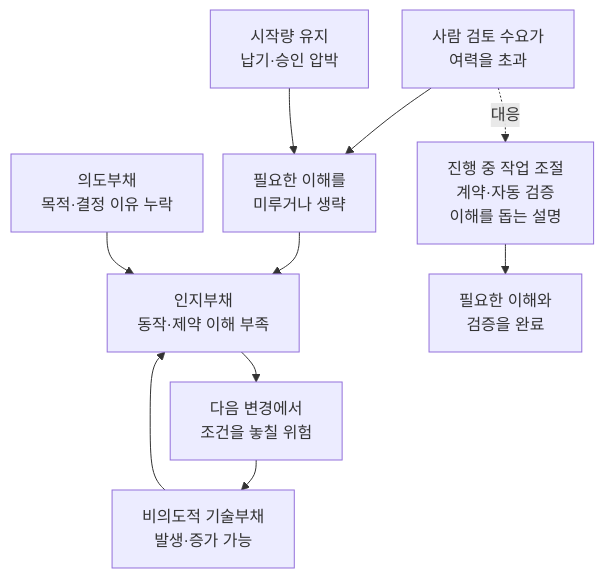
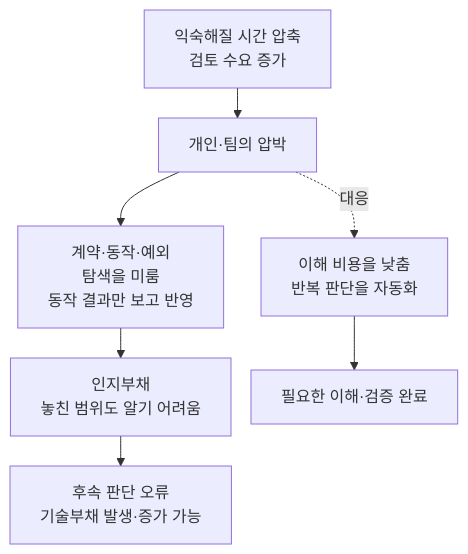
The first of 2 diagrams in _posts/2026-08-18-ai-coding-review-cognitive-load.md (haandol/haandol.github.com), drawn with Mermaid before and after one commit. The commit also changed other lines of this file and 3 other files, not shown here.

````diff
--- a/_posts/2026-08-18-ai-coding-review-cognitive-load.md
+++ b/_posts/2026-08-18-ai-coding-review-cognitive-load.md
@@ -174,13 +82,10 @@
 ```mermaid
 %%{init: {"flowchart": {"nodeSpacing": 20, "rankSpacing": 30}}}%%
 flowchart TD
-    A["사람 검토 수요가<br/>여력을 초과"] --> B["필요한 이해를<br/>미루거나 생략"]
-    P["시작량 유지<br/>납기·승인 압박"] --> B
-    B --> C["인지부채<br/>동작·제약 이해 부족"]
-    D["의도부채<br/>목적·결정 이유 누락"] --> C
-    C --> E["다음 변경에서<br/>조건을 놓칠 위험"]
-    E --> F["비의도적 기술부채<br/>발생·증가 가능"]
-    F --> C
-    A -. "대응" .-> G["진행 중 작업 조절<br/>계약·자동 검증<br/>이해를 돕는 설명"]
-    G --> H["필요한 이해와<br/>검증을 완료"]
+    A["익숙해질 시간 압축<br/>검토 수요 증가"] --> B["개인·팀의 압박"]
+    B --> C["계약·동작·예외<br/>탐색을 미룸<br/>동작 결과만 보고 반영"]
+    C --> D["인지부채<br/>놓친 범위도 알기 어려움"]
+    D --> E["후속 판단 오류<br/>기술부채 발생·증가 가능"]
+    B -. "대응" .-> F["이해 비용을 낮춤<br/>반복 판단을 자동화"]
+    F --> G["필요한 이해·검증 완료"]
 ```
````
